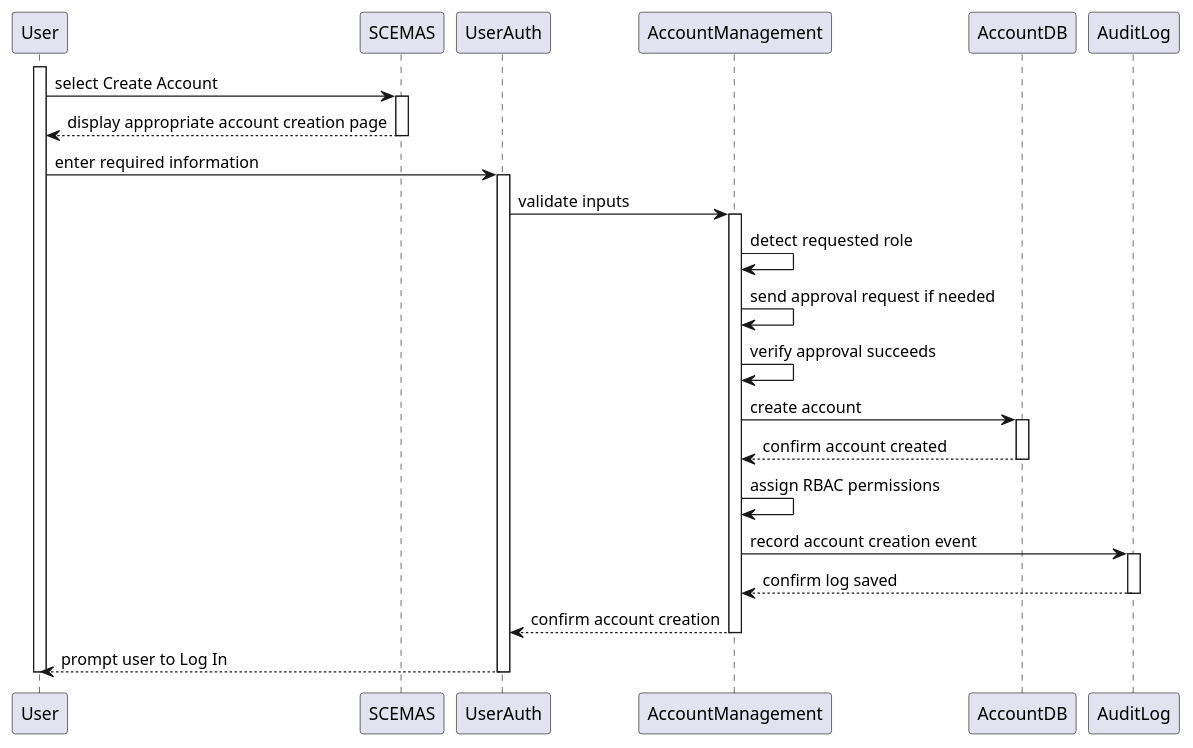
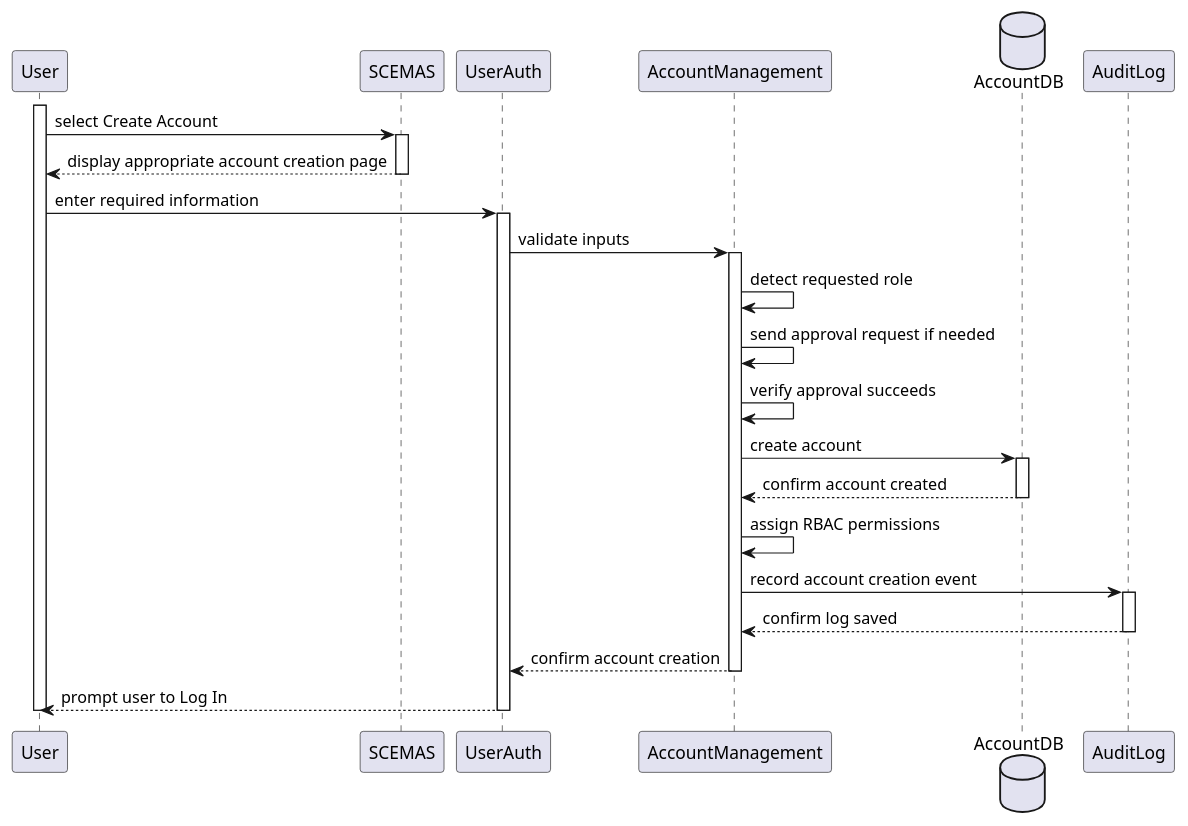
One commit to harmanpreet-sagar/sfwreng-3a04-group6-t01-scemas changed the diagram in docs/diagrams/plantuml/sequence/BE4.puml. Above: the diagram before and after it, drawn with PlantUML. The commit also changed 12 other files, not shown here.

Commit message:
made code style changes to sequence diagrams and uploading compiled sequence diagrams

```diff
--- a/docs/diagrams/plantuml/sequence/BE4.puml
+++ b/docs/diagrams/plantuml/sequence/BE4.puml
@@ -1,40 +1,47 @@
 @startuml BE4_CreateAccount
+
+participant "User" as User
+participant "SCEMAS" as SCEMAS
+participant "UserAuth" as UserAuth
+participant "AccountManagement" as AccountManagement
+database "AccountDB" as AccountDB
+participant "AuditLog" as AuditLog
 
 activate User
 
 User -> SCEMAS : select Create Account
 activate SCEMAS
 SCEMAS --> User : display appropriate account creation page
 deactivate SCEMAS
 
 User -> UserAuth : enter required information
 activate UserAuth
 
 UserAuth -> AccountManagement : validate inputs
 activate AccountManagement
 
 AccountManagement -> AccountManagement : detect requested role
 AccountManagement -> AccountManagement : send approval request if needed
 AccountManagement -> AccountManagement : verify approval succeeds
 
 AccountManagement -> AccountDB : create account
 activate AccountDB
 AccountDB --> AccountManagement : confirm account created
 deactivate AccountDB
 
 AccountManagement -> AccountManagement : assign RBAC permissions
 
 AccountManagement -> AuditLog : record account creation event
 activate AuditLog
 AuditLog --> AccountManagement : confirm log saved
 deactivate AuditLog
 
 AccountManagement --> UserAuth : confirm account creation
 deactivate AccountManagement
 
 UserAuth --> User : prompt user to Log In
 deactivate UserAuth
 
 deactivate User
 
 @enduml
```
